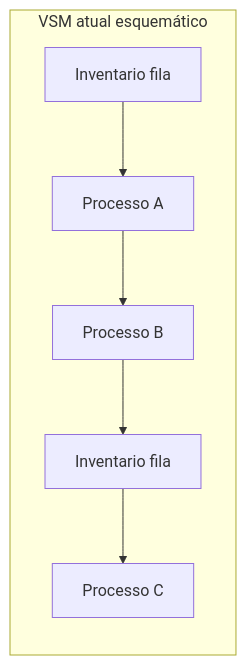
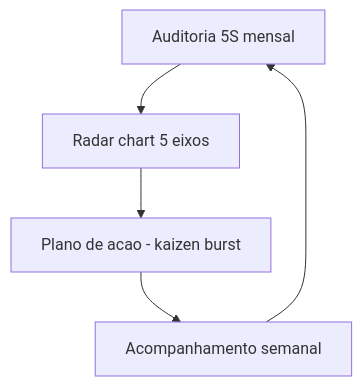
The fourth of 4 diagrams in aulas/trilha-melhoria-continua-e-processos/modulo-01-lean-logistics/aula-03-vsm-5s-armazem-doca.md (cleberhensel/logisticon-academy), drawn with Mermaid before and after one commit. The commit also changed other lines of this file and 122 other files, not shown here.

````diff
--- a/aulas/trilha-melhoria-continua-e-processos/modulo-01-lean-logistics/aula-03-vsm-5s-armazem-doca.md
+++ b/aulas/trilha-melhoria-continua-e-processos/modulo-01-lean-logistics/aula-03-vsm-5s-armazem-doca.md
@@ -49,11 +213,8 @@
 ```mermaid
-flowchart LR
-  subgraph atual["VSM atual esquemático"]
-    I[Inventario fila]
-    A[Processo A]
-    B[Processo B]
-    C[Inventario fila]
-    D[Processo C]
-    I --> A --> B --> C --> D
-  end
+flowchart TB
+  Audit[Auditoria 5S mensal]
+  Rad[Radar chart 5 eixos]
+  Plan[Plano de acao - kaizen burst]
+  Acomp[Acompanhamento semanal]
+  Audit --> Rad --> Plan --> Acomp --> Audit
 ```
````
